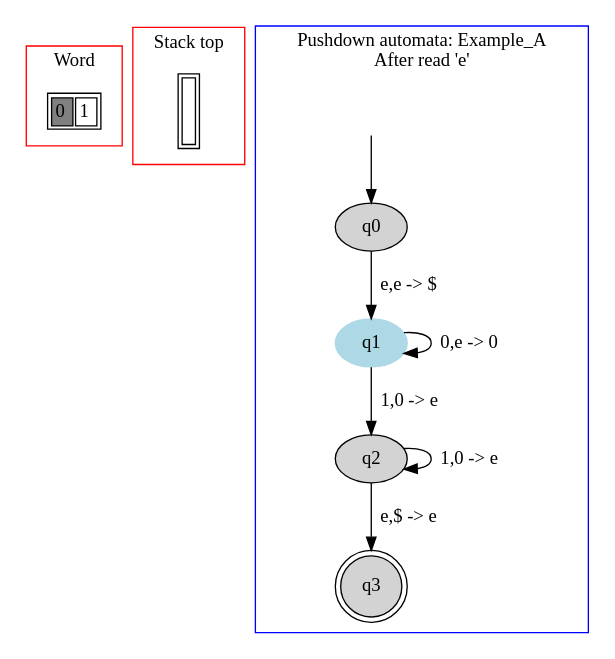
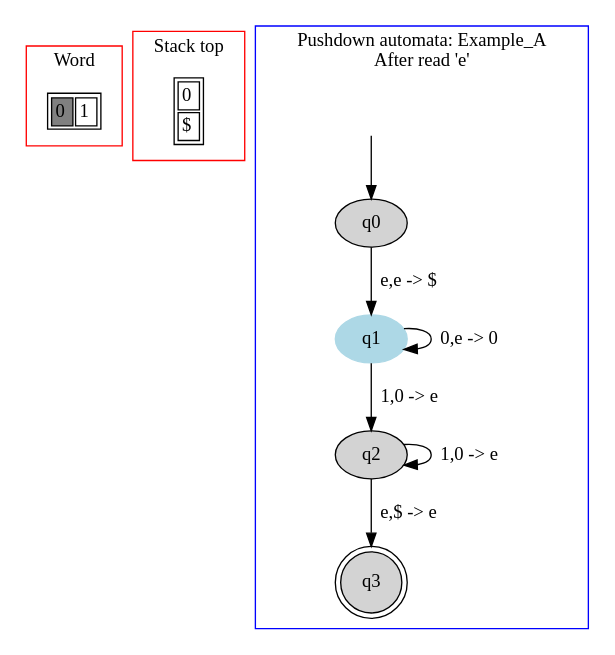
The diagram in PA/images/file1.dot (danielScLima/pushdown_automata), drawn with Graphviz before and after one commit. The commit also changed 8 other files, not shown here.

```diff
--- a/PA/images/file1.dot
+++ b/PA/images/file1.dot
@@ -1,43 +1,47 @@
 digraph G {
 	subgraph cluster_0 {
 		node [shape=plaintext];
 
 struct1 [label=<<TABLE>
 <TR>
 <TD BGCOLOR="gray"><FONT>0</FONT></TD>
 <TD><FONT>1</FONT></TD>
 </TR>
 </TABLE>>];
 label = "Word";
 color=red;
 }
 	subgraph cluster_2 {
 		node [shape=plaintext];
 
 struct2 [label=<<TABLE>
 <TR>
-<TD width="10" height="50">
-</TD>
+<TD>
+0</TD>
+</TR>
+<TR>
+<TD>
+$</TD>
 </TR>
 </TABLE>>];
 label = "Stack top";
 color=red;
 }
 	subgraph cluster_1 {
 		node [style=filled];
 		label = "Pushdown automata: Example_A
 After read 'e'"
 		color=blue;
 
 		q0;
 		q1 [color="lightblue"];
 		q2;
 		q3 [shape="doublecircle"];
 		q0->q1[label="e,e -> $"];
 		q1->q1[label="0,e -> 0"];
 		q1->q2[label="1,0 -> e"];
 		q2->q2[label="1,0 -> e"];
 		q2->q3[label="e,$ -> e"];
 x [color=white, label=""];		x->q0	}
 
 }
```
